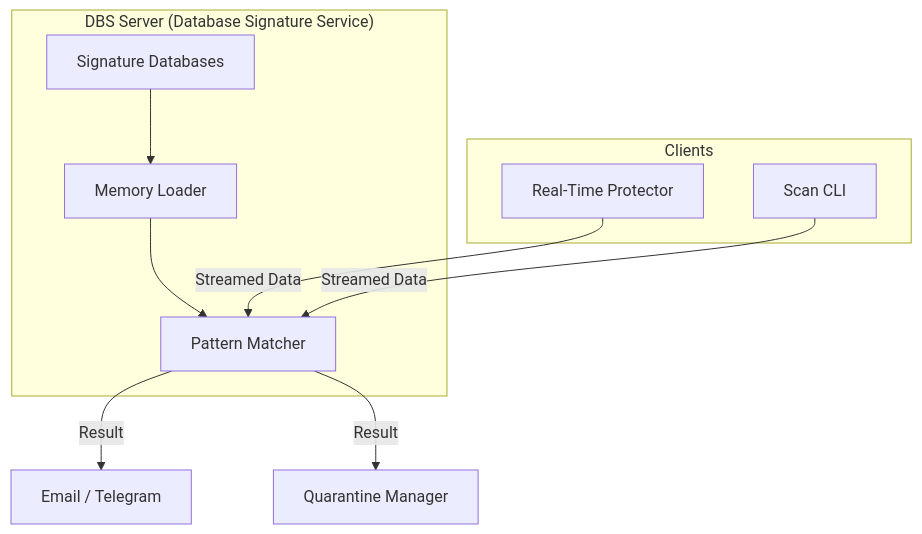
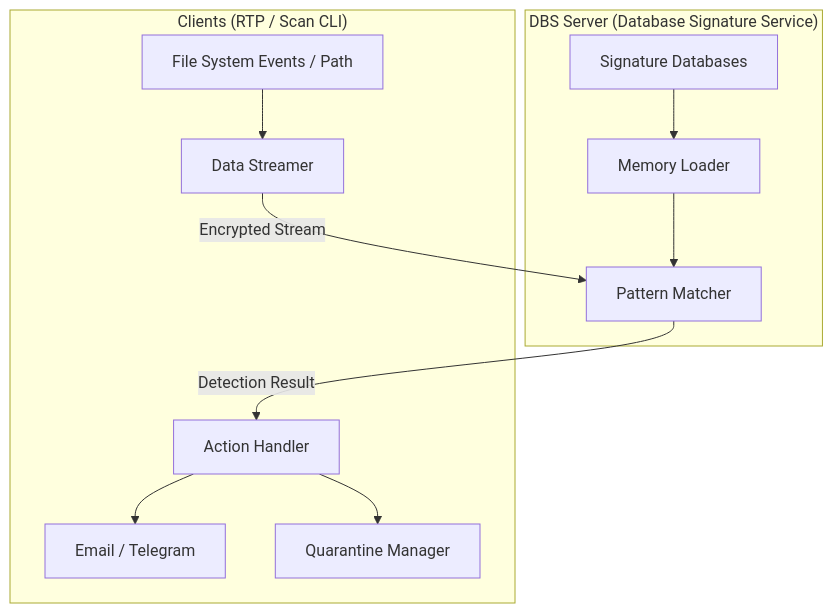
The diagram in README.md (dimaskiddo/lmd-ng), drawn with Mermaid before and after one commit. The commit also changed other lines of this file, not shown here.

Commit message:
chore: update readme.md for more comperhensive information

````diff
--- a/README.md
+++ b/README.md
@@ -27,15 +27,15 @@
 ```mermaid
 graph TD
     subgraph "DBS Server (Database Signature Service)"
         DB["Signature Databases"] --> Engine["Memory Loader"]
         Engine --> Matcher["Pattern Matcher"]
     end
 
-    subgraph "Clients"
-        RTP["Real-Time Protector"] -- "Streamed Data" --> Matcher
-        CLI["Scan CLI"] -- "Streamed Data" --> Matcher
+    subgraph "Clients (RTP / Scan CLI)"
+        Source["File System Events / Path"] --> Streamer["Data Streamer"]
+        Streamer -- "Encrypted Stream" --> Matcher
+        Matcher -- "Detection Result" --> ActionHandler["Action Handler"]
+        ActionHandler --> Notifier["Email / Telegram"]
+        ActionHandler --> Quarantine["Quarantine Manager"]
     end
-
-    Matcher -- "Result" --> Notifier["Email / Telegram"]
-    Matcher -- "Result" --> Quarantine["Quarantine Manager"]
 ```
````
